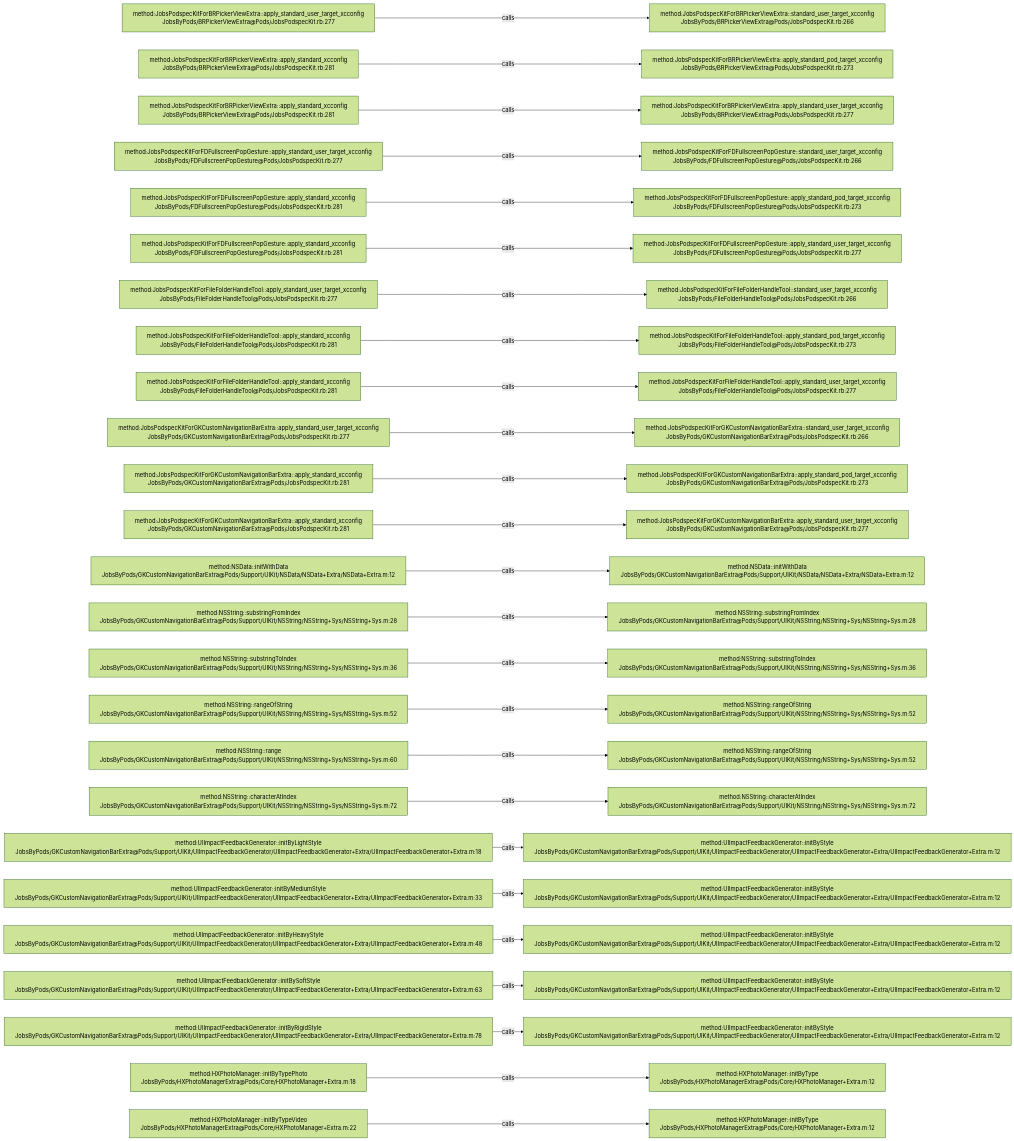
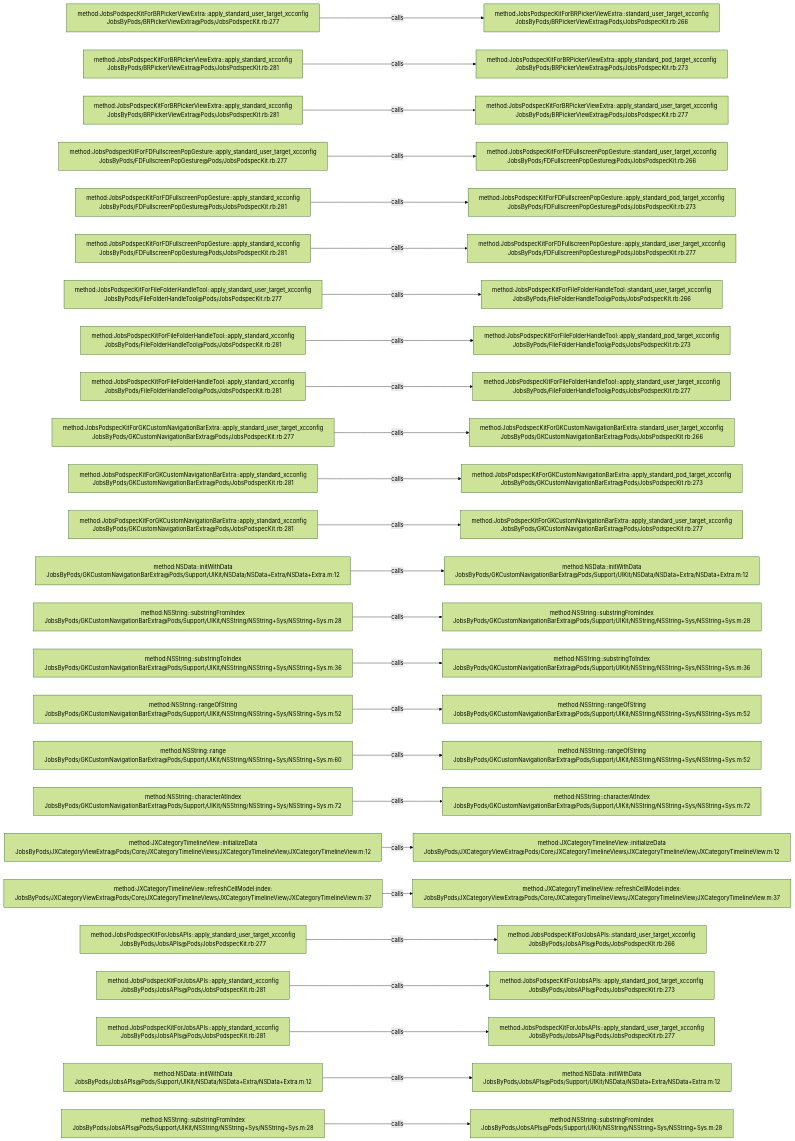
One commit to JobsKits/JobsOCBaseConfigDemo changed the diagram in .codegraph/codegraph.md/graphs/calls-001.md. Above: the diagram before and after it, drawn with Mermaid (forest theme). The commit also changed 1223 other files, not shown here.

````diff
--- a/.codegraph/codegraph.md/graphs/calls-001.md
+++ b/.codegraph/codegraph.md/graphs/calls-001.md
@@ -13,78 +13,78 @@
 ```mermaid
 flowchart LR
   S1["method:JobsPodspecKitForBRPickerViewExtra::apply_standard_user_target_xcconfig<br/>JobsByPods/BRPickerViewExtra@Pods/JobsPodspecKit.rb:277"]
   T1["method:JobsPodspecKitForBRPickerViewExtra::standard_user_target_xcconfig<br/>JobsByPods/BRPickerViewExtra@Pods/JobsPodspecKit.rb:266"]
   S1 -->|calls| T1
   S2["method:JobsPodspecKitForBRPickerViewExtra::apply_standard_xcconfig<br/>JobsByPods/BRPickerViewExtra@Pods/JobsPodspecKit.rb:281"]
   T2["method:JobsPodspecKitForBRPickerViewExtra::apply_standard_pod_target_xcconfig<br/>JobsByPods/BRPickerViewExtra@Pods/JobsPodspecKit.rb:273"]
   S2 -->|calls| T2
   S3["method:JobsPodspecKitForBRPickerViewExtra::apply_standard_xcconfig<br/>JobsByPods/BRPickerViewExtra@Pods/JobsPodspecKit.rb:281"]
   T3["method:JobsPodspecKitForBRPickerViewExtra::apply_standard_user_target_xcconfig<br/>JobsByPods/BRPickerViewExtra@Pods/JobsPodspecKit.rb:277"]
   S3 -->|calls| T3
   S4["method:JobsPodspecKitForFDFullscreenPopGesture::apply_standard_user_target_xcconfig<br/>JobsByPods/FDFullscreenPopGesture@Pods/JobsPodspecKit.rb:277"]
   T4["method:JobsPodspecKitForFDFullscreenPopGesture::standard_user_target_xcconfig<br/>JobsByPods/FDFullscreenPopGesture@Pods/JobsPodspecKit.rb:266"]
   S4 -->|calls| T4
   S5["method:JobsPodspecKitForFDFullscreenPopGesture::apply_standard_xcconfig<br/>JobsByPods/FDFullscreenPopGesture@Pods/JobsPodspecKit.rb:281"]
   T5["method:JobsPodspecKitForFDFullscreenPopGesture::apply_standard_pod_target_xcconfig<br/>JobsByPods/FDFullscreenPopGesture@Pods/JobsPodspecKit.rb:273"]
   S5 -->|calls| T5
   S6["method:JobsPodspecKitForFDFullscreenPopGesture::apply_standard_xcconfig<br/>JobsByPods/FDFullscreenPopGesture@Pods/JobsPodspecKit.rb:281"]
   T6["method:JobsPodspecKitForFDFullscreenPopGesture::apply_standard_user_target_xcconfig<br/>JobsByPods/FDFullscreenPopGesture@Pods/JobsPodspecKit.rb:277"]
   S6 -->|calls| T6
   S7["method:JobsPodspecKitForFileFolderHandleTool::apply_standard_user_target_xcconfig<br/>JobsByPods/FileFolderHandleTool@Pods/JobsPodspecKit.rb:277"]
   T7["method:JobsPodspecKitForFileFolderHandleTool::standard_user_target_xcconfig<br/>JobsByPods/FileFolderHandleTool@Pods/JobsPodspecKit.rb:266"]
   S7 -->|calls| T7
   S8["method:JobsPodspecKitForFileFolderHandleTool::apply_standard_xcconfig<br/>JobsByPods/FileFolderHandleTool@Pods/JobsPodspecKit.rb:281"]
   T8["method:JobsPodspecKitForFileFolderHandleTool::apply_standard_pod_target_xcconfig<br/>JobsByPods/FileFolderHandleTool@Pods/JobsPodspecKit.rb:273"]
   S8 -->|calls| T8
   S9["method:JobsPodspecKitForFileFolderHandleTool::apply_standard_xcconfig<br/>JobsByPods/FileFolderHandleTool@Pods/JobsPodspecKit.rb:281"]
   T9["method:JobsPodspecKitForFileFolderHandleTool::apply_standard_user_target_xcconfig<br/>JobsByPods/FileFolderHandleTool@Pods/JobsPodspecKit.rb:277"]
   S9 -->|calls| T9
   S10["method:JobsPodspecKitForGKCustomNavigationBarExtra::apply_standard_user_target_xcconfig<br/>JobsByPods/GKCustomNavigationBarExtra@Pods/JobsPodspecKit.rb:277"]
   T10["method:JobsPodspecKitForGKCustomNavigationBarExtra::standard_user_target_xcconfig<br/>JobsByPods/GKCustomNavigationBarExtra@Pods/JobsPodspecKit.rb:266"]
   S10 -->|calls| T10
   S11["method:JobsPodspecKitForGKCustomNavigationBarExtra::apply_standard_xcconfig<br/>JobsByPods/GKCustomNavigationBarExtra@Pods/JobsPodspecKit.rb:281"]
   T11["method:JobsPodspecKitForGKCustomNavigationBarExtra::apply_standard_pod_target_xcconfig<br/>JobsByPods/GKCustomNavigationBarExtra@Pods/JobsPodspecKit.rb:273"]
   S11 -->|calls| T11
   S12["method:JobsPodspecKitForGKCustomNavigationBarExtra::apply_standard_xcconfig<br/>JobsByPods/GKCustomNavigationBarExtra@Pods/JobsPodspecKit.rb:281"]
   T12["method:JobsPodspecKitForGKCustomNavigationBarExtra::apply_standard_user_target_xcconfig<br/>JobsByPods/GKCustomNavigationBarExtra@Pods/JobsPodspecKit.rb:277"]
   S12 -->|calls| T12
   S13["method:NSData::initWithData<br/>JobsByPods/GKCustomNavigationBarExtra@Pods/Support/UIKit/NSData/NSData+Extra/NSData+Extra.m:12"]
   T13["method:NSData::initWithData<br/>JobsByPods/GKCustomNavigationBarExtra@Pods/Support/UIKit/NSData/NSData+Extra/NSData+Extra.m:12"]
   S13 -->|calls| T13
   S14["method:NSString::substringFromIndex<br/>JobsByPods/GKCustomNavigationBarExtra@Pods/Support/UIKit/NSString/NSString+Sys/NSString+Sys.m:28"]
   T14["method:NSString::substringFromIndex<br/>JobsByPods/GKCustomNavigationBarExtra@Pods/Support/UIKit/NSString/NSString+Sys/NSString+Sys.m:28"]
   S14 -->|calls| T14
   S15["method:NSString::substringToIndex<br/>JobsByPods/GKCustomNavigationBarExtra@Pods/Support/UIKit/NSString/NSString+Sys/NSString+Sys.m:36"]
   T15["method:NSString::substringToIndex<br/>JobsByPods/GKCustomNavigationBarExtra@Pods/Support/UIKit/NSString/NSString+Sys/NSString+Sys.m:36"]
   S15 -->|calls| T15
   S16["method:NSString::rangeOfString<br/>JobsByPods/GKCustomNavigationBarExtra@Pods/Support/UIKit/NSString/NSString+Sys/NSString+Sys.m:52"]
   T16["method:NSString::rangeOfString<br/>JobsByPods/GKCustomNavigationBarExtra@Pods/Support/UIKit/NSString/NSString+Sys/NSString+Sys.m:52"]
   S16 -->|calls| T16
   S17["method:NSString::range<br/>JobsByPods/GKCustomNavigationBarExtra@Pods/Support/UIKit/NSString/NSString+Sys/NSString+Sys.m:60"]
   T17["method:NSString::rangeOfString<br/>JobsByPods/GKCustomNavigationBarExtra@Pods/Support/UIKit/NSString/NSString+Sys/NSString+Sys.m:52"]
   S17 -->|calls| T17
   S18["method:NSString::characterAtIndex<br/>JobsByPods/GKCustomNavigationBarExtra@Pods/Support/UIKit/NSString/NSString+Sys/NSString+Sys.m:72"]
   T18["method:NSString::characterAtIndex<br/>JobsByPods/GKCustomNavigationBarExtra@Pods/Support/UIKit/NSString/NSString+Sys/NSString+Sys.m:72"]
   S18 -->|calls| T18
-  S19["method:UIImpactFeedbackGenerator::initByLightStyle<br/>JobsByPods/GKCustomNavigationBarExtra@Pods/Support/UIKit/UIImpactFeedbackGenerator/UIImpactFeedbackGenerator+Extra/UIImpactFeedbackGenerator+Extra.m:18"]
-  T19["method:UIImpactFeedbackGenerator::initByStyle<br/>JobsByPods/GKCustomNavigationBarExtra@Pods/Support/UIKit/UIImpactFeedbackGenerator/UIImpactFeedbackGenerator+Extra/UIImpactFeedbackGenerator+Extra.m:12"]
+  S19["method:JXCategoryTimelineView::initializeData<br/>JobsByPods/JXCategoryViewExtra@Pods/Core/JXCategoryTimelineViews/JXCategoryTimelineView/JXCategoryTimelineView.m:12"]
+  T19["method:JXCategoryTimelineView::initializeData<br/>JobsByPods/JXCategoryViewExtra@Pods/Core/JXCategoryTimelineViews/JXCategoryTimelineView/JXCategoryTimelineView.m:12"]
   S19 -->|calls| T19
-  S20["method:UIImpactFeedbackGenerator::initByMediumStyle<br/>JobsByPods/GKCustomNavigationBarExtra@Pods/Support/UIKit/UIImpactFeedbackGenerator/UIImpactFeedbackGenerator+Extra/UIImpactFeedbackGenerator+Extra.m:33"]
-  T20["method:UIImpactFeedbackGenerator::initByStyle<br/>JobsByPods/GKCustomNavigationBarExtra@Pods/Support/UIKit/UIImpactFeedbackGenerator/UIImpactFeedbackGenerator+Extra/UIImpactFeedbackGenerator+Extra.m:12"]
+  S20["method:JXCategoryTimelineView::refreshCellModel:index:<br/>JobsByPods/JXCategoryViewExtra@Pods/Core/JXCategoryTimelineViews/JXCategoryTimelineView/JXCategoryTimelineView.m:37"]
+  T20["method:JXCategoryTimelineView::refreshCellModel:index:<br/>JobsByPods/JXCategoryViewExtra@Pods/Core/JXCategoryTimelineViews/JXCategoryTimelineView/JXCategoryTimelineView.m:37"]
   S20 -->|calls| T20
-  S21["method:UIImpactFeedbackGenerator::initByHeavyStyle<br/>JobsByPods/GKCustomNavigationBarExtra@Pods/Support/UIKit/UIImpactFeedbackGenerator/UIImpactFeedbackGenerator+Extra/UIImpactFeedbackGenerator+Extra.m:48"]
-  T21["method:UIImpactFeedbackGenerator::initByStyle<br/>JobsByPods/GKCustomNavigationBarExtra@Pods/Support/UIKit/UIImpactFeedbackGenerator/UIImpactFeedbackGenerator+Extra/UIImpactFeedbackGenerator+Extra.m:12"]
+  S21["method:JobsPodspecKitForJobsAPIs::apply_standard_user_target_xcconfig<br/>JobsByPods/JobsAPIs@Pods/JobsPodspecKit.rb:277"]
+  T21["method:JobsPodspecKitForJobsAPIs::standard_user_target_xcconfig<br/>JobsByPods/JobsAPIs@Pods/JobsPodspecKit.rb:266"]
   S21 -->|calls| T21
-  S22["method:UIImpactFeedbackGenerator::initBySoftStyle<br/>JobsByPods/GKCustomNavigationBarExtra@Pods/Support/UIKit/UIImpactFeedbackGenerator/UIImpactFeedbackGenerator+Extra/UIImpactFeedbackGenerator+Extra.m:63"]
-  T22["method:UIImpactFeedbackGenerator::initByStyle<br/>JobsByPods/GKCustomNavigationBarExtra@Pods/Support/UIKit/UIImpactFeedbackGenerator/UIImpactFeedbackGenerator+Extra/UIImpactFeedbackGenerator+Extra.m:12"]
+  S22["method:JobsPodspecKitForJobsAPIs::apply_standard_xcconfig<br/>JobsByPods/JobsAPIs@Pods/JobsPodspecKit.rb:281"]
+  T22["method:JobsPodspecKitForJobsAPIs::apply_standard_pod_target_xcconfig<br/>JobsByPods/JobsAPIs@Pods/JobsPodspecKit.rb:273"]
   S22 -->|calls| T22
-  S23["method:UIImpactFeedbackGenerator::initByRigidStyle<br/>JobsByPods/GKCustomNavigationBarExtra@Pods/Support/UIKit/UIImpactFeedbackGenerator/UIImpactFeedbackGenerator+Extra/UIImpactFeedbackGenerator+Extra.m:78"]
-  T23["method:UIImpactFeedbackGenerator::initByStyle<br/>JobsByPods/GKCustomNavigationBarExtra@Pods/Support/UIKit/UIImpactFeedbackGenerator/UIImpactFeedbackGenerator+Extra/UIImpactFeedbackGenerator+Extra.m:12"]
+  S23["method:JobsPodspecKitForJobsAPIs::apply_standard_xcconfig<br/>JobsByPods/JobsAPIs@Pods/JobsPodspecKit.rb:281"]
+  T23["method:JobsPodspecKitForJobsAPIs::apply_standard_user_target_xcconfig<br/>JobsByPods/JobsAPIs@Pods/JobsPodspecKit.rb:277"]
   S23 -->|calls| T23
-  S24["method:HXPhotoManager::initByTypePhoto<br/>JobsByPods/HXPhotoManagerExtra@Pods/Core/HXPhotoManager+Extra.m:18"]
-  T24["method:HXPhotoManager::initByType<br/>JobsByPods/HXPhotoManagerExtra@Pods/Core/HXPhotoManager+Extra.m:12"]
+  S24["method:NSData::initWithData<br/>JobsByPods/JobsAPIs@Pods/Support/UIKit/NSData/NSData+Extra/NSData+Extra.m:12"]
+  T24["method:NSData::initWithData<br/>JobsByPods/JobsAPIs@Pods/Support/UIKit/NSData/NSData+Extra/NSData+Extra.m:12"]
   S24 -->|calls| T24
-  S25["method:HXPhotoManager::initByTypeVideo<br/>JobsByPods/HXPhotoManagerExtra@Pods/Core/HXPhotoManager+Extra.m:22"]
-  T25["method:HXPhotoManager::initByType<br/>JobsByPods/HXPhotoManagerExtra@Pods/Core/HXPhotoManager+Extra.m:12"]
+  S25["method:NSString::substringFromIndex<br/>JobsByPods/JobsAPIs@Pods/Support/UIKit/NSString/NSString+Sys/NSString+Sys.m:28"]
+  T25["method:NSString::substringFromIndex<br/>JobsByPods/JobsAPIs@Pods/Support/UIKit/NSString/NSString+Sys/NSString+Sys.m:28"]
   S25 -->|calls| T25
 ```
````
